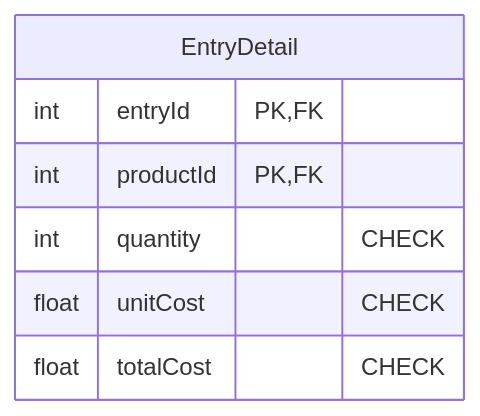
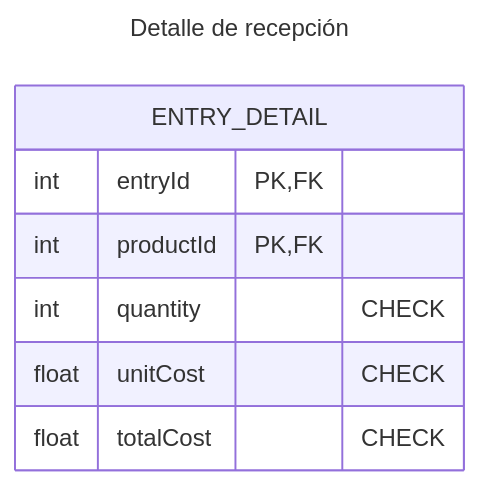
Diagram 27 of 30 in 4to-Cuatrimestre/fundamentos-base-datos/proyecto/proyecto.md (rosendocamal/homeworks), drawn with Mermaid before and after one commit. The commit also changed other lines of this file and 1 other file, not shown here.

````diff
--- a/4to-Cuatrimestre/fundamentos-base-datos/proyecto/proyecto.md
+++ b/4to-Cuatrimestre/fundamentos-base-datos/proyecto/proyecto.md
@@ -485,10 +509,13 @@
 ```mermaid
+---
+title: Detalle de recepción
+---
 erDiagram
-	EntryDetail {
+	ENTRY_DETAIL {
 		int entryId PK,FK
 		int productId PK,FK
 		int quantity "CHECK"
 		float unitCost "CHECK"
 		float totalCost "CHECK"
 	}
 ```
````
